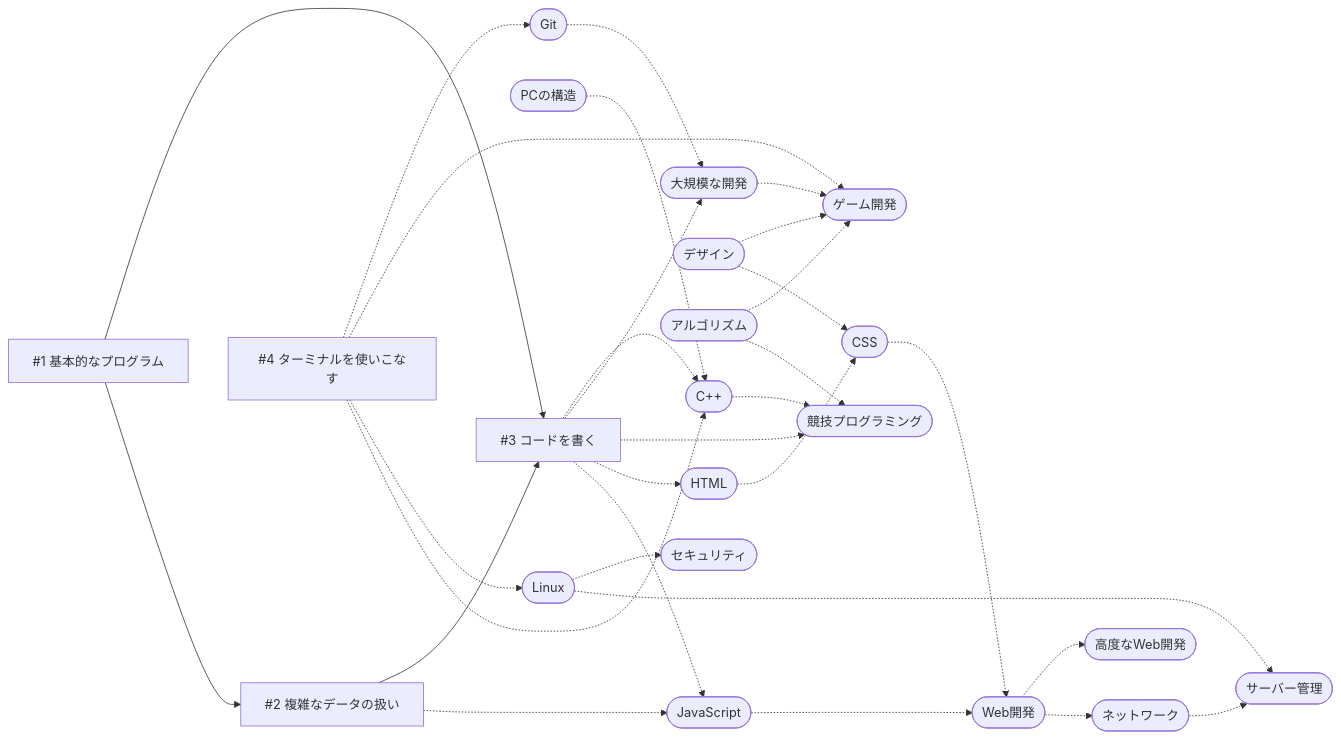
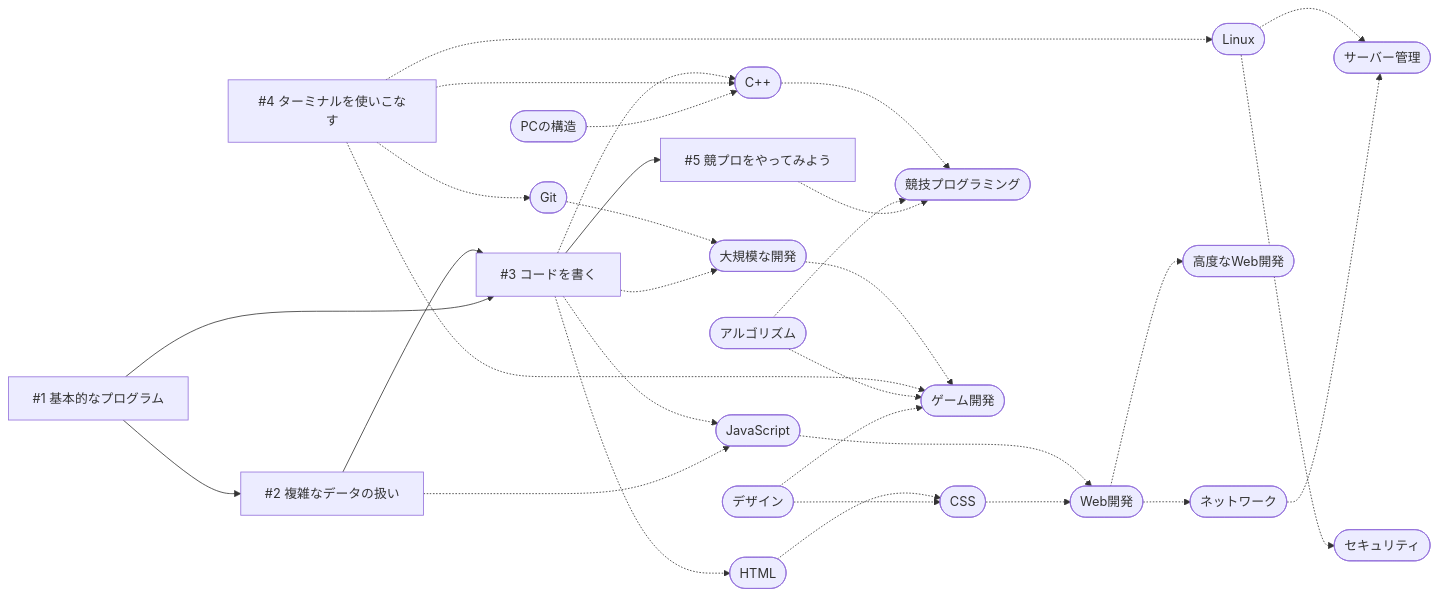
Before and after one commit to Koyo-PC/Guide-For-Members: the diagram in index.md, drawn with Mermaid. The commit also changed other lines of this file, not shown here.

````diff
--- a/index.md
+++ b/index.md
@@ -62,33 +63,34 @@
 ```mermaid
 flowchart LR
 #1[#1 基本的なプログラム] --> #2[#2 複雑なデータの扱い]
 #1 --> #3[#3 コードを書く]
 #4[#4 ターミナルを使いこなす]
 #2 -.-> JS([JavaScript])
 #2 --> #3
 #3 -.-> JS
 #3 -.-> HTML([HTML])
 Design([デザイン]) -.-> CSS([CSS])
 HTML -.-> CSS
 CSS -.-> Web([Web開発])
 JS -.-> Web
 Web -.-> Net([ネットワーク])
 Net -.-> Server([サーバー管理])
 Web -.-> HardWeb([高度なWeb開発])
-#3 -.-> 競プロ([競技プログラミング])
+#3 --> #5[#5 競プロをやってみよう]
+#5 -.-> 競プロ([競技プログラミング])
 Algo([アルゴリズム]) -.-> 競プロ
 Computer([PCの構造]) -.-> C++([C++])
 C++ -.-> 競プロ
 #4 -.-> C++
 #4 -.-> Linux([Linux])
 Linux -.-> Server
 Linux -.-> Hacking([セキュリティ])
 Design -.-> Game([ゲーム開発])
 Algo -.-> Game
 #4 -.-> Game
 #4 -.-> Git([Git])
 #3 -.-> Project([大規模な開発])
 Git -.-> Project
 Project -.-> Game
 #3 -.-> C++
 ```
````
